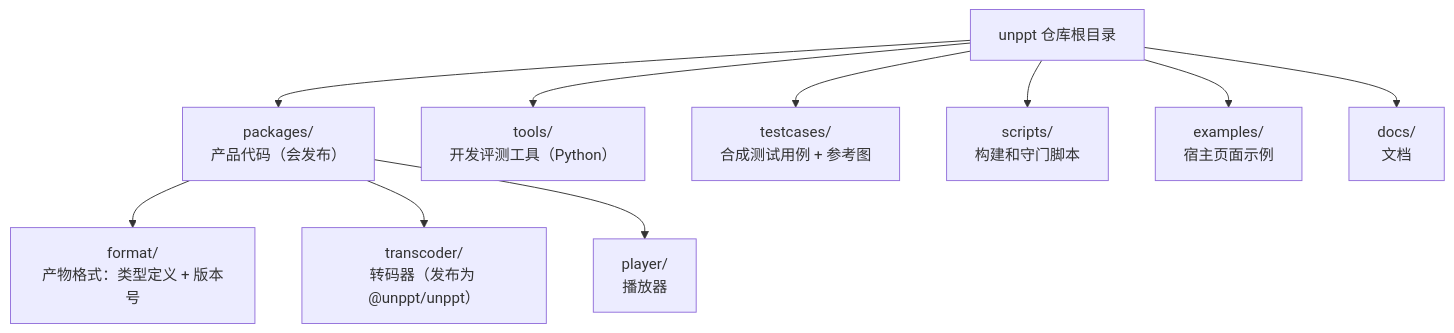
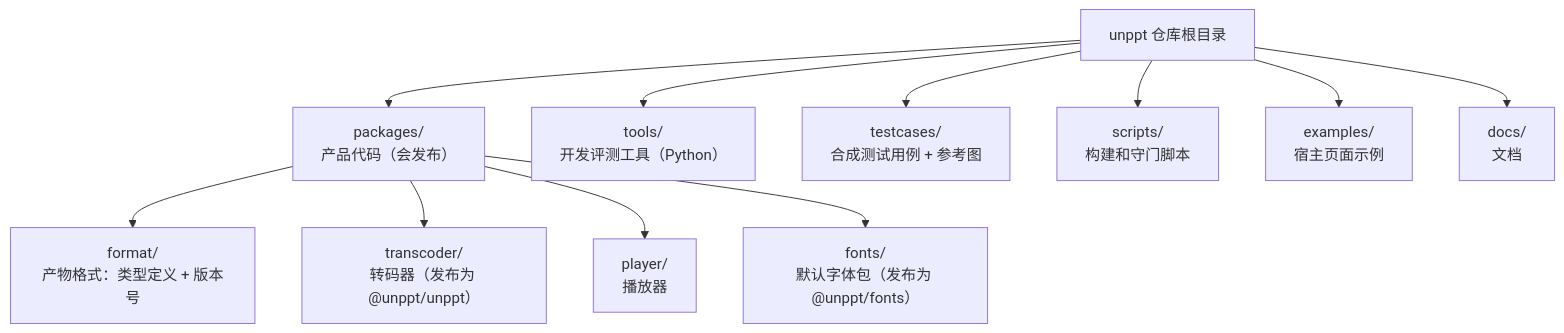
The second of 16 diagrams in docs/zh/architecture.md (spitmaster/unppt), drawn with Mermaid before and after one commit. The commit also changed other lines of this file and 15 other files, not shown here.

First line of the commit message:
docs: 按 0.3.0 的字体方案重写中英文文档（默认字体包、度量包、unppt check、指定字体）

````diff
--- a/docs/zh/architecture.md
+++ b/docs/zh/architecture.md
@@ -73,13 +73,14 @@
 ```mermaid
 flowchart TB
   root["unppt 仓库根目录"]
   root --> pk["packages/<br/>产品代码（会发布）"]
   root --> tools["tools/<br/>开发评测工具（Python）"]
   root --> tc["testcases/<br/>合成测试用例 + 参考图"]
   root --> sc["scripts/<br/>构建和守门脚本"]
   root --> ex["examples/<br/>宿主页面示例"]
   root --> docs["docs/<br/>文档"]
   pk --> fmt["format/<br/>产物格式：类型定义 + 版本号"]
   pk --> tr["transcoder/<br/>转码器（发布为 @unppt/unppt）"]
   pk --> pl["player/<br/>播放器"]
+  pk --> fo["fonts/<br/>默认字体包（发布为 @unppt/fonts）"]
 ```
````
